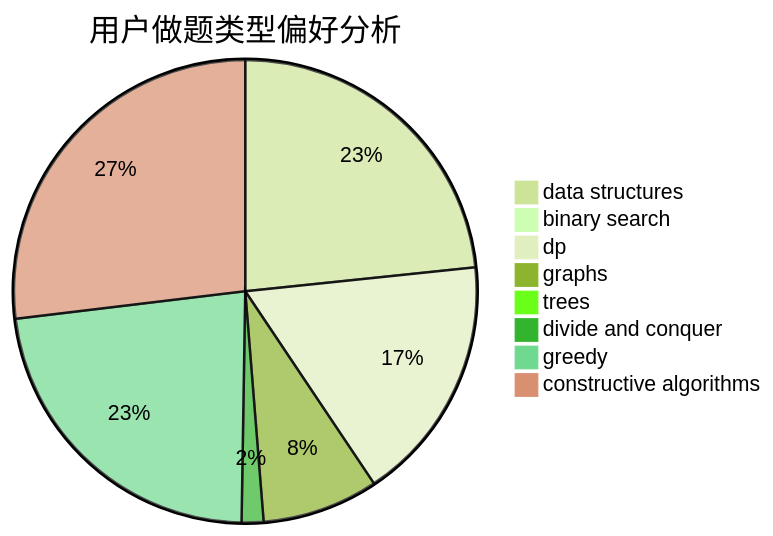
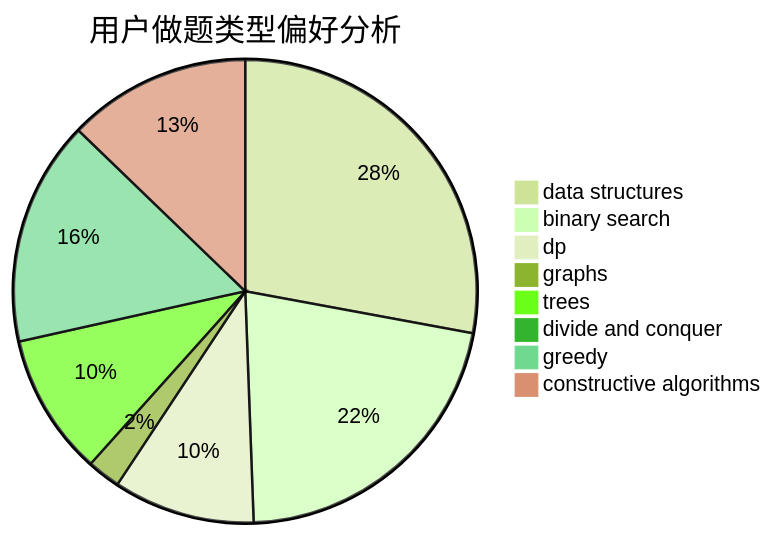
One commit to sherpahu/cfrs.github.io changed the second of 3 diagrams in docs/user/u2691.md. Above: the diagram before and after it, drawn with Mermaid (forest theme). The commit also changed other lines of this file and 2770 other files, not shown here.

````diff
--- a/docs/user/u2691.md
+++ b/docs/user/u2691.md
@@ -23,11 +23,11 @@
 ```mermaid
 pie title 用户做题类型偏好分析
-    "data structures" :  46
-    "binary search" :  0
-    "dp" :  34
-    "graphs" :  16
-    "trees" :  0
-    "divide and conquer" :  3
-    "greedy" :  45
-    "constructive algorithms" :  53
+    "data structures" :  48
+    "binary search" :  37
+    "dp" :  17
+    "graphs" :  4
+    "trees" :  17
+    "divide and conquer" :  0
+    "greedy" :  27
+    "constructive algorithms" :  22
 ```
````
